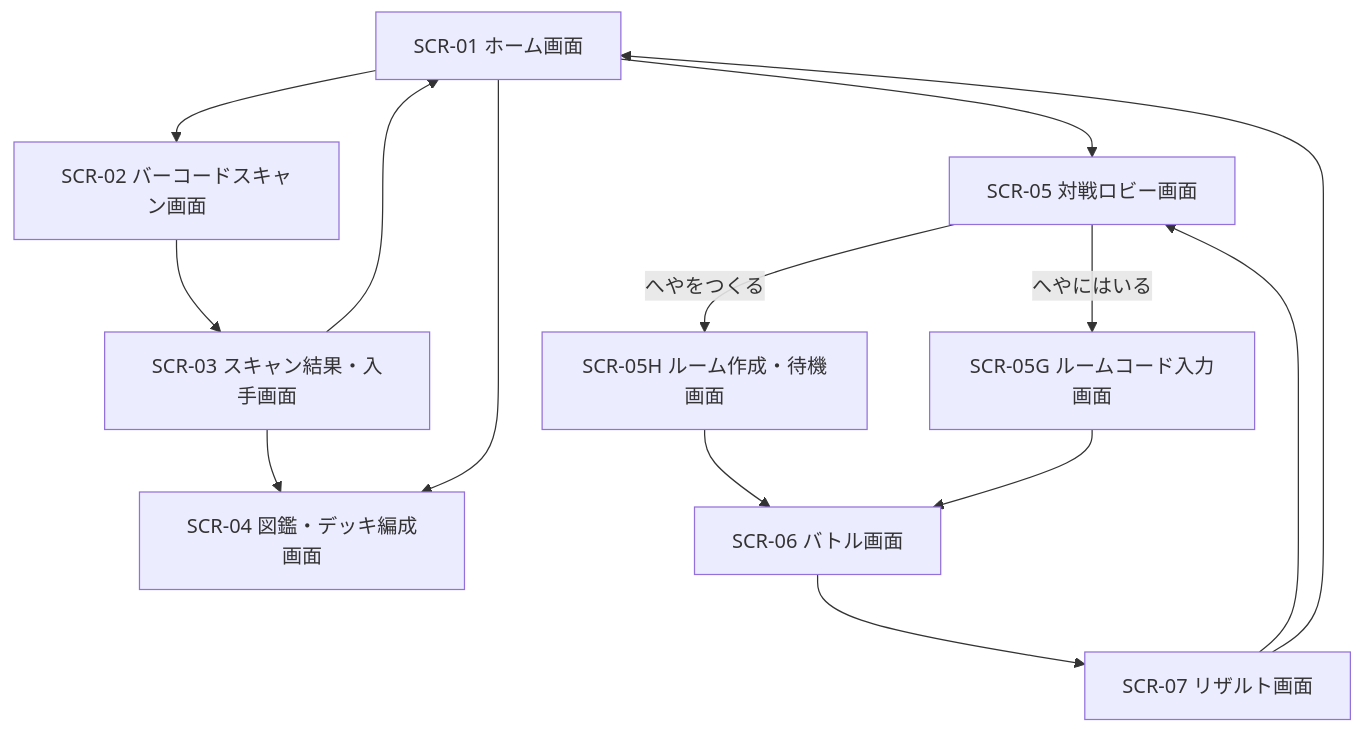
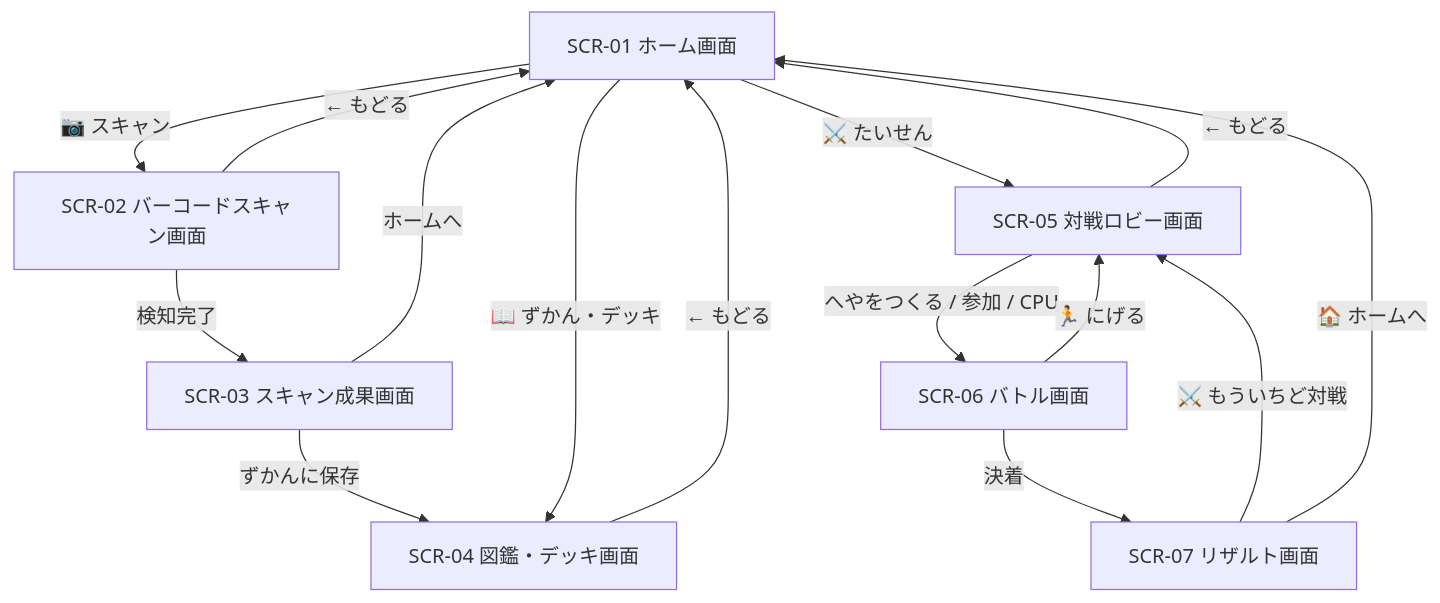
Before and after one commit to bigshine0328/barcode-battler: the diagram in docs/UI_Design.md, drawn with Mermaid. The commit also changed other lines of this file and 22 other files, not shown here.

Commit message:
feat: v2.3.0 - 20種族生成拡張・新レアリティ確率分布・3アイテムスロットデッキ編成 & 図鑑3枚同時ハイライト対応

````diff
--- a/docs/UI_Design.md
+++ b/docs/UI_Design.md
@@ -26,20 +47,21 @@
 ```mermaid
 graph TD
-    Home[SCR-01 ホーム画面] --> Scan[SCR-02 バーコードスキャン画面]
-    Scan --> ScanResult[SCR-03 スキャン結果・入手画面]
-    ScanResult --> Home
-    ScanResult --> Deck[SCR-04 図鑑・デッキ編成画面]
+    Home[SCR-01 ホーム画面] -->|📷 スキャン| Scan[SCR-02 バーコードスキャン画面]
+    Scan -->|検知完了| ScanResult[SCR-03 スキャン成果画面]
+    ScanResult -->|ずかんに保存| Deck[SCR-04 図鑑・デッキ画面]
+    ScanResult -->|ホームへ| Home
+    Scan -->|← もどる| Home
     
-    Home --> Deck
-    Home --> Lobby[SCR-05 対戦ロビー画面]
+    Home -->|📖 ずかん・デッキ| Deck
+    Deck -->|← もどる| Home
     
-    Lobby -->|へやをつくる| HostWait[SCR-05H ルーム作成・待機画面]
-    Lobby -->|へやにはいる| GuestInput[SCR-05G ルームコード入力画面]
+    Home -->|⚔️ たいせん| Lobby[SCR-05 対戦ロビー画面]
+    Lobby -->|← もどる| Home
     
-    HostWait --> Battle[SCR-06 バトル画面]
-    GuestInput --> Battle
+    Lobby -->|へやをつくる / 参加 / CPU| Battle[SCR-06 バトル画面]
+    Battle -->|🏃 にげる| Lobby
     
-    Battle --> Result[SCR-07 リザルト画面]
-    Result --> Lobby
-    Result --> Home
+    Battle -->|決着| Result[SCR-07 リザルト画面]
+    Result -->|⚔️ もういちど対戦| Lobby
+    Result -->|🏠 ホームへ| Home
 ```
````
